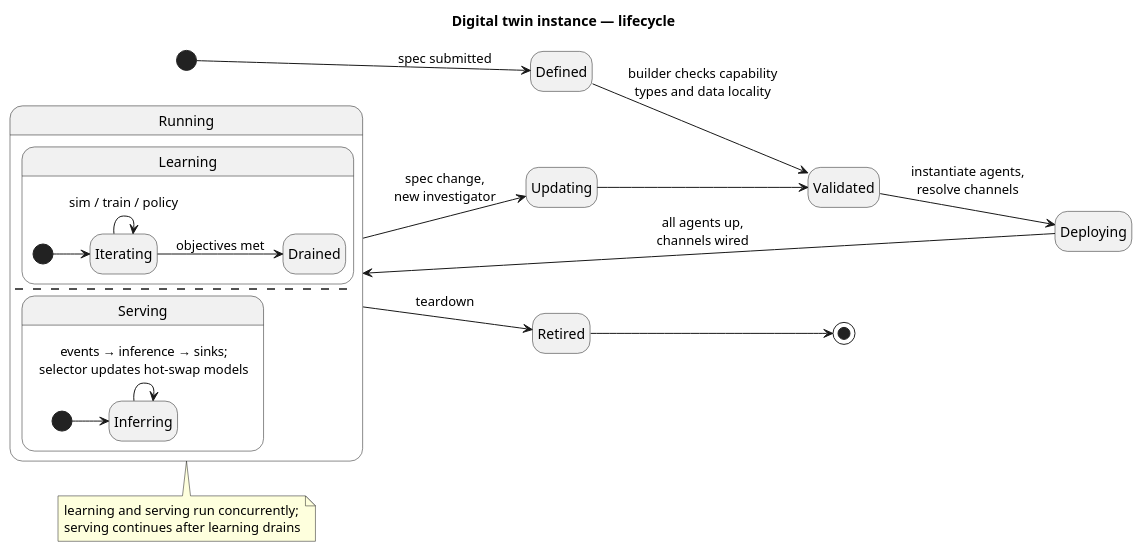
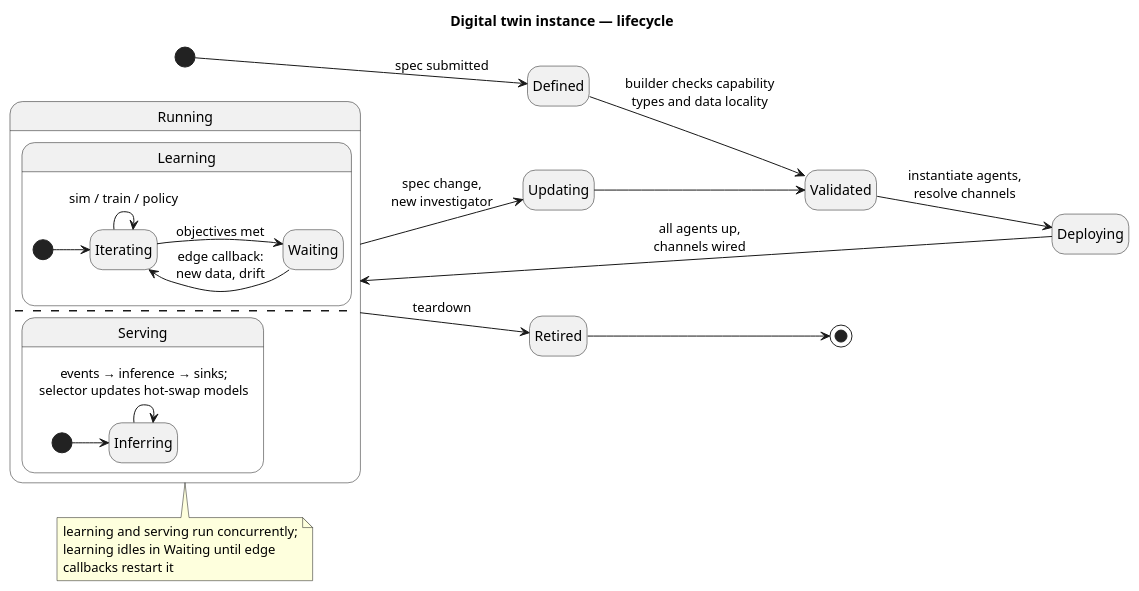
The diagram in architecture/diagrams/lifecycle-twin.puml (radical-collaboration/amsc), drawn with PlantUML before and after one commit. The commit also changed 5 other files, not shown here.

First line of the commit message:
DT architecture: feedback round 2 + presentation

```diff
--- a/architecture/diagrams/lifecycle-twin.puml
+++ b/architecture/diagrams/lifecycle-twin.puml
@@ -1,39 +1,41 @@
 @startuml lifecycle-twin
 title Digital twin instance — lifecycle
 hide empty description
 left to right direction
 
 state Defined
 state Validated
 state Deploying
 
 state Running {
   state Learning {
     [*] --> Iterating
     Iterating --> Iterating : sim / train / policy
-    Iterating --> Drained : objectives met
+    Iterating --> Waiting : objectives met
+    Waiting --> Iterating : edge callback:\nnew data, drift
   }
   --
   state Serving {
     [*] --> Inferring
     Inferring --> Inferring : events → inference → sinks;\nselector updates hot-swap models
   }
 }
 
 state Updating
 state Retired
 
 [*] --> Defined : spec submitted
 Defined --> Validated : builder checks capability\ntypes and data locality
 Validated --> Deploying : instantiate agents,\nresolve channels
 Deploying --> Running : all agents up,\nchannels wired
 Running --> Updating : spec change,\nnew investigator
 Updating --> Validated
 Running --> Retired : teardown
 Retired --> [*]
 
 note bottom of Running
   learning and serving run concurrently;
-  serving continues after learning drains
+  learning idles in Waiting until edge
+  callbacks restart it
 end note
 @enduml
```
